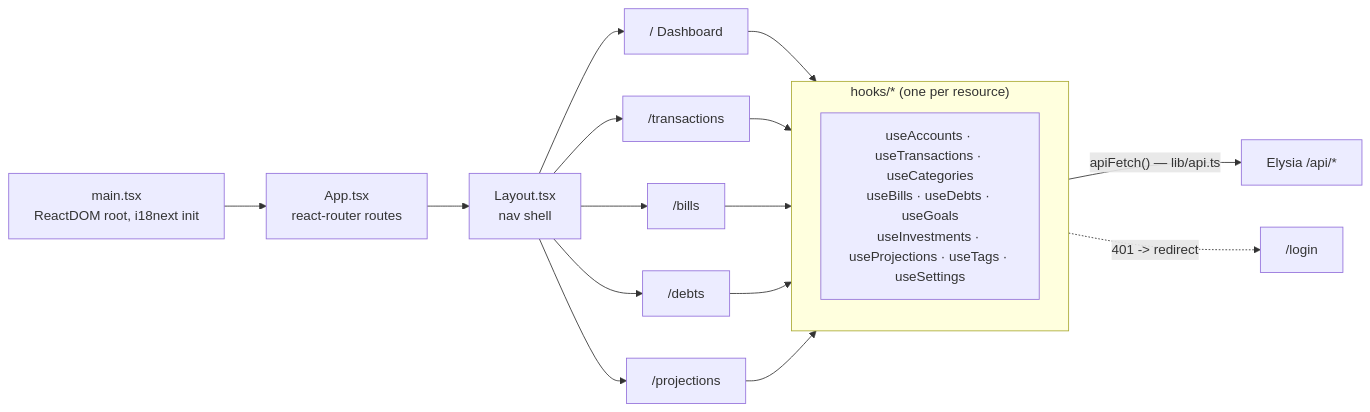
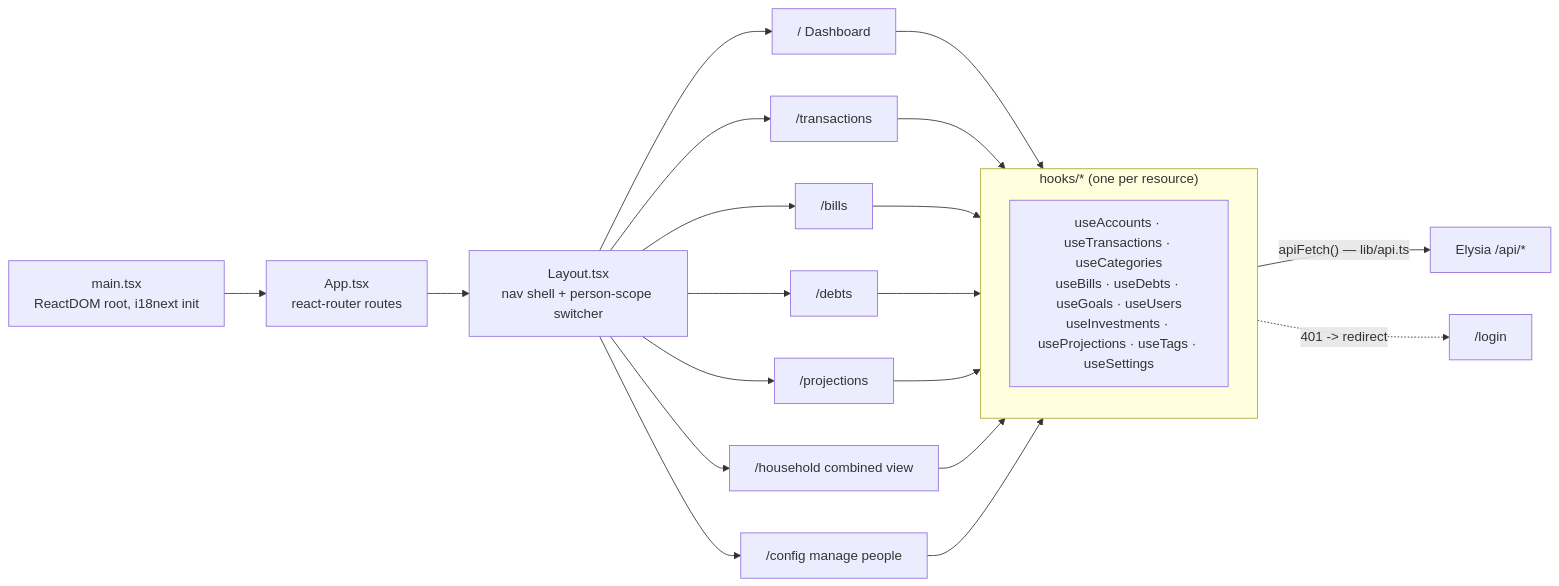
Before and after one commit to Botelho31/copiloto-financeiro: the sixth of 7 diagrams in ARCHITECTURE.md, drawn with Mermaid. The commit also changed other lines of this file and 2 other files, not shown here.

````diff
--- a/ARCHITECTURE.md
+++ b/ARCHITECTURE.md
@@ -240,18 +276,20 @@
 ```mermaid
 flowchart LR
     Main["main.tsx<br>ReactDOM root, i18next init"] --> App
-    App["App.tsx<br>react-router routes"] --> Layout["Layout.tsx<br>nav shell"]
+    App["App.tsx<br>react-router routes"] --> Layout["Layout.tsx<br>nav shell + person-scope switcher"]
     Layout --> Dashboard["/  Dashboard"]
     Layout --> Transactions["/transactions"]
     Layout --> Bills["/bills"]
     Layout --> Debts["/debts"]
     Layout --> Projections["/projections"]
+    Layout --> Household["/household  combined view"]
+    Layout --> Config["/config  manage people"]
 
     subgraph DataLayer["hooks/* (one per resource)"]
-        H["useAccounts · useTransactions · useCategories<br>useBills · useDebts · useGoals<br>useInvestments · useProjections · useTags · useSettings"]
+        H["useAccounts · useTransactions · useCategories<br>useBills · useDebts · useGoals · useUsers<br>useInvestments · useProjections · useTags · useSettings"]
     end
 
-    Dashboard & Transactions & Bills & Debts & Projections --> DataLayer
+    Dashboard & Transactions & Bills & Debts & Projections & Household & Config --> DataLayer
     DataLayer -->|"apiFetch() — lib/api.ts"| Backend["Elysia /api/*"]
     DataLayer -.->|"401 -> redirect"| Login["/login"]
 ```
````
